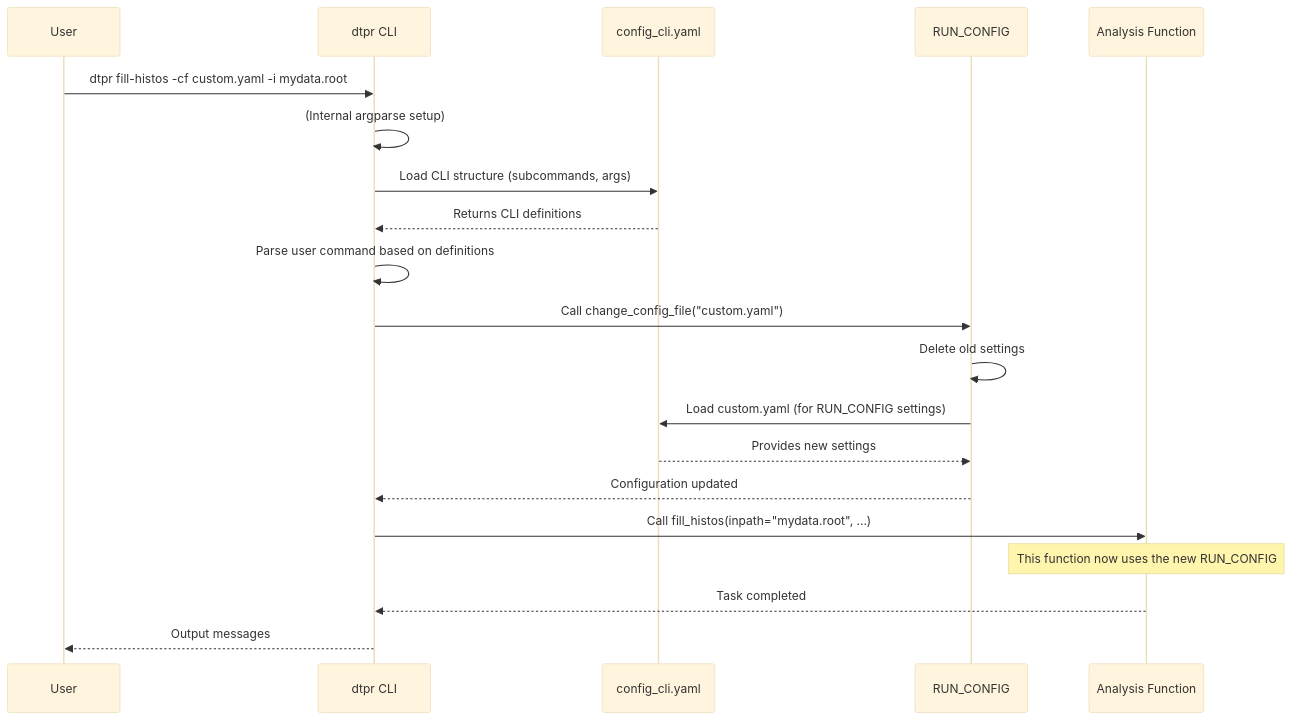
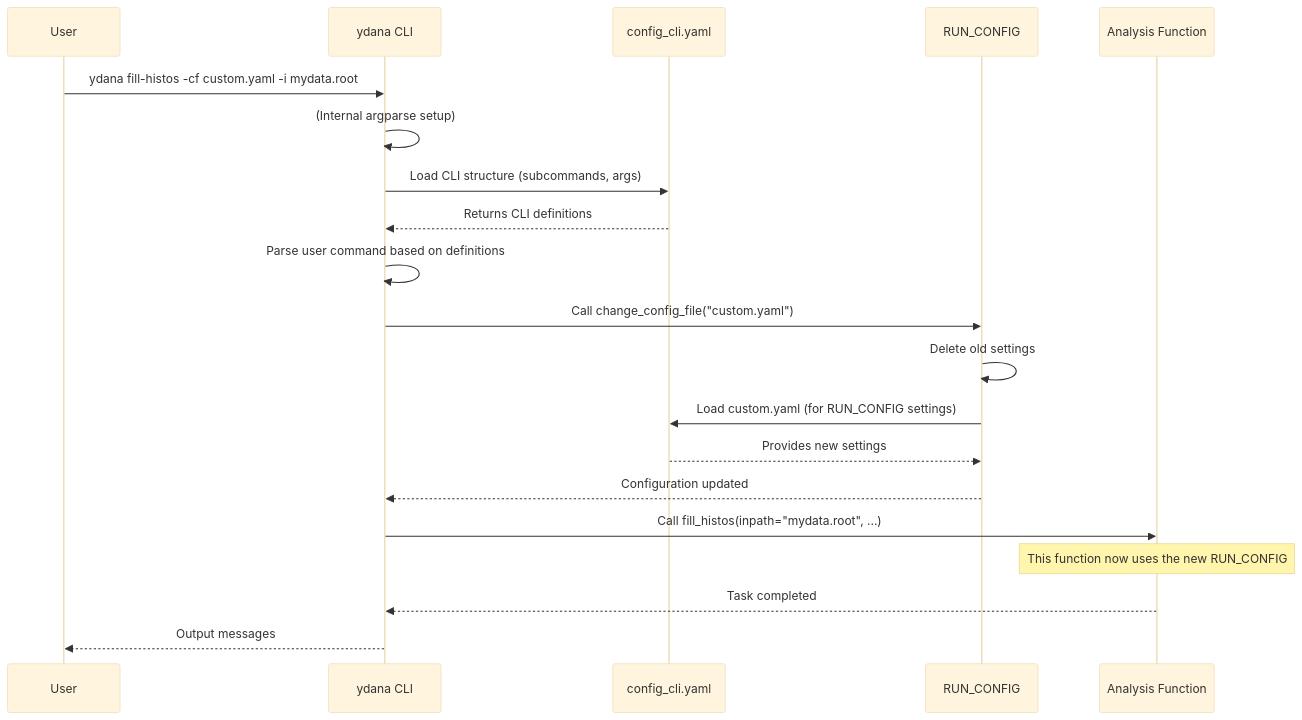
Before and after one commit to INTREPID-hep/DTPatternRecognition: the diagram in docs/src/command_line_interface.rst, drawn with Mermaid (base theme). The commit also changed other lines of this file and 103 other files, not shown here.

```diff
--- a/docs/src/command_line_interface.rst
+++ b/docs/src/command_line_interface.rst
@@ -59,28 +59,28 @@
 .. mermaid::
     :name: cli_view
     :align: center
     :zoom: true
 
     sequenceDiagram
         participant User
-        participant dtpr CLI
+        participant ydana CLI
         participant config_cli.yaml
         participant RUN_CONFIG
         participant Analysis Function
 
-        User->>dtpr CLI: dtpr fill-histos -cf custom.yaml -i mydata.root
-        dtpr CLI->>dtpr CLI: (Internal argparse setup)
-        dtpr CLI->>config_cli.yaml: Load CLI structure (subcommands, args)
-        config_cli.yaml-->>dtpr CLI: Returns CLI definitions
-        dtpr CLI->>dtpr CLI: Parse user command based on definitions
+        User->>ydana CLI: ydana fill-histos -cf custom.yaml -i mydata.root
+        ydana CLI->>ydana CLI: (Internal argparse setup)
+        ydana CLI->>config_cli.yaml: Load CLI structure (subcommands, args)
+        config_cli.yaml-->>ydana CLI: Returns CLI definitions
+        ydana CLI->>ydana CLI: Parse user command based on definitions
 
-        dtpr CLI->>RUN_CONFIG: Call change_config_file("custom.yaml")
+        ydana CLI->>RUN_CONFIG: Call change_config_file("custom.yaml")
         RUN_CONFIG->>RUN_CONFIG: Delete old settings
         RUN_CONFIG->>config_cli.yaml: Load custom.yaml (for RUN_CONFIG settings)
         config_cli.yaml-->>RUN_CONFIG: Provides new settings
-        RUN_CONFIG-->>dtpr CLI: Configuration updated
+        RUN_CONFIG-->>ydana CLI: Configuration updated
 
-        dtpr CLI->>Analysis Function: Call fill_histos(inpath="mydata.root", ...)
+        ydana CLI->>Analysis Function: Call fill_histos(inpath="mydata.root", ...)
         Note over Analysis Function: This function now uses the new RUN_CONFIG
-        Analysis Function-->>dtpr CLI: Task completed
-        dtpr CLI-->>User: Output messages
+        Analysis Function-->>ydana CLI: Task completed
+        ydana CLI-->>User: Output messages
```
